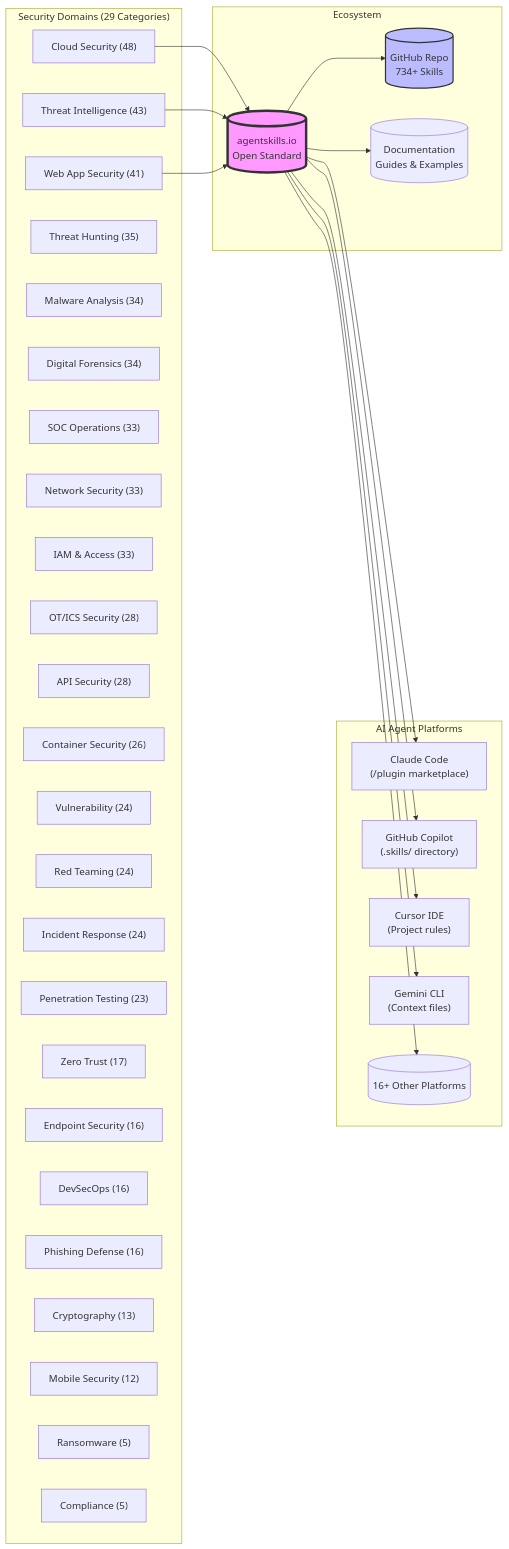
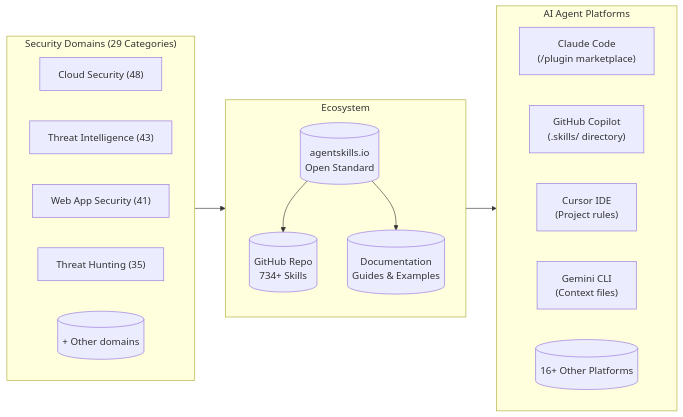
The diagram in docs/Develop-Code/AI-Development/Skills-and-Agents/cybersecurity-skills.md (sdelrio/golden-forest), drawn with Mermaid before and after one commit. The commit also changed 3 other files, not shown here.

Commit message:
fix(docs): simplify cybersecurity skills diagram and add Mermaid styling

````diff
--- a/docs/Develop-Code/AI-Development/Skills-and-Agents/cybersecurity-skills.md
+++ b/docs/Develop-Code/AI-Development/Skills-and-Agents/cybersecurity-skills.md
@@ -36,59 +36,41 @@
 ```mermaid
 graph LR
+
+    agentskills --> AIA
+
+    subgraph AIA[AI Agent Platforms]
+        direction LR
+        Claude["Claude Code<br/>(/plugin marketplace)"]
+        Copilot["GitHub Copilot<br/>(.skills/ directory)"]
+        Cursor["Cursor IDE<br/>(Project rules)"]
+        Gemini["Gemini CLI<br/>(Context files)"]
+        Others[("16+ Other Platforms")]
+
+    end
+
     subgraph "Ecosystem"
+        direction TB
         agentskills[("agentskills.io<br/>Open Standard")]
         GitHub[("GitHub Repo<br/>734+ Skills")]
         Docs[("Documentation<br/>Guides & Examples")]
 
         agentskills --> GitHub
         agentskills --> Docs
+
     end
 
-    subgraph "AI Agent Platforms"
-        Claude["Claude Code<br/>(/plugin marketplace)"]
-        Copilot["GitHub Copilot<br/>(.skills/ directory)"]
-        Cursor["Cursor IDE<br/>(Project rules)"]
-        Gemini["Gemini CLI<br/>(Context files)"]
-        Others[("16+ Other Platforms")]
+    SEDOMAIN --> agentskills
 
-        agentskills --> Claude
-        agentskills --> Copilot
-        agentskills --> Cursor
-        agentskills --> Gemini
-        agentskills --> Others
-    end
-
-    subgraph "Security Domains (29 Categories)"
+    subgraph SEDOMAIN["Security Domains (29 Categories)"]
+        direction LR
         cloud["Cloud Security (48)"]
         threat["Threat Intelligence (43)"]
         websec["Web App Security (41)"]
         hunting["Threat Hunting (35)"]
-        malware["Malware Analysis (34)"]
-        forensics["Digital Forensics (34)"]
-        soc["SOC Operations (33)"]
-        network["Network Security (33)"]
-        iam["IAM & Access (33)"]
-        ot["OT/ICS Security (28)"]
-        api["API Security (28)"]
-        container["Container Security (26)"]
-        vuln["Vulnerability (24)"]
-        redteam["Red Teaming (24)"]
-        ir["Incident Response (24)"]
-        pentest["Penetration Testing (23)"]
-        zerotrust["Zero Trust (17)"]
-        endpoint["Endpoint Security (16)"]
-        devsecops["DevSecOps (16)"]
-        phishing["Phishing Defense (16)"]
-        crypto["Cryptography (13)"]
-        mobile["Mobile Security (12)"]
-        ransomware["Ransomware (5)"]
-        compliance["Compliance (5)"]
+        Others2[("+ Other domains")]
 
-        cloud --> agentskills
-        threat --> agentskills
-        websec --> agentskills
     end
 
-    style agentskills fill:#f9f,stroke:#333,stroke-width:4px
-    style GitHub fill:#bbf,stroke:#333,stroke-width:2px
+    class agentskills lightbrown-node
+    class GitHub lightblue-node
 ```
````
